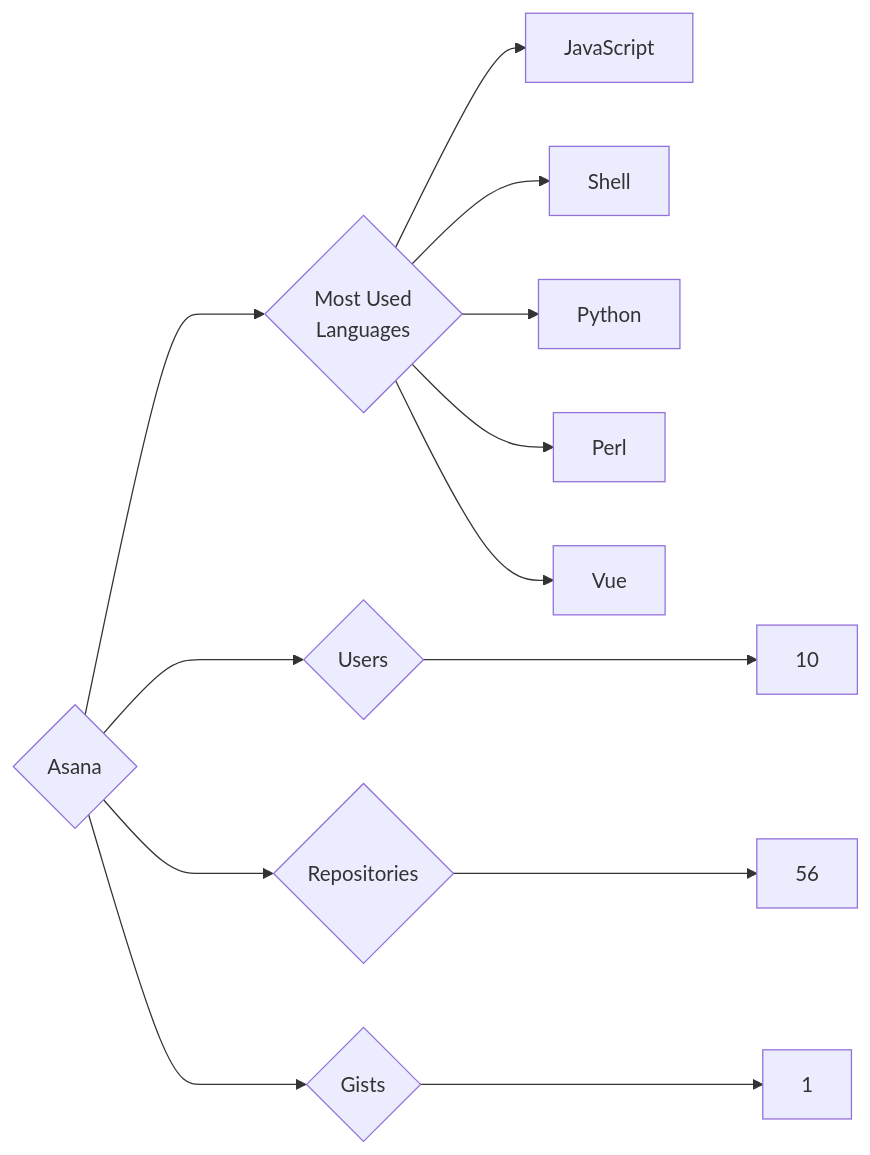
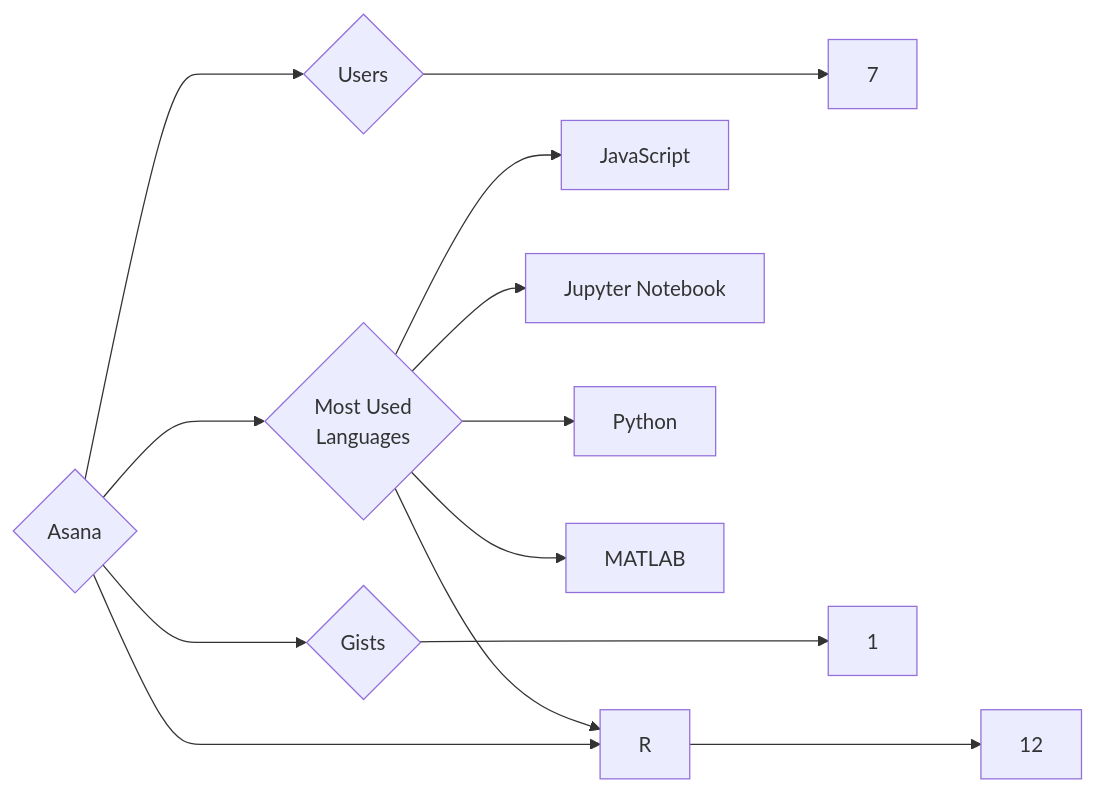
One commit to trickest/insiders changed the diagram in targets/Asana/README.md. Above: the diagram before and after it, drawn with Mermaid. The commit also changed 1055 other files, not shown here.

````diff
--- a/targets/Asana/README.md
+++ b/targets/Asana/README.md
@@ -3,13 +3,13 @@
 ```mermaid
 graph LR
 COMPANY_NAME{Asana}
-COMPANY_NAME ---> U{Users} ---> UN[10]
-COMPANY_NAME ---> R{Repositories} ---> RN[56]
+COMPANY_NAME ---> U{Users} ---> UN[7]
+COMPANY_NAME ---> R{Repositories} ---> RN[12]
 COMPANY_NAME ---> G{Gists} ---> GN[1]
 COMPANY_NAME ---> ML{Most Used<br>Languages}
 ML --> JavaScript[JavaScript]
-ML --> Shell[Shell]
+ML --> Jupyter_Notebook[Jupyter Notebook]
+ML --> R[R]
 ML --> Python[Python]
-ML --> Perl[Perl]
-ML --> Vue[Vue]
+ML --> MATLAB[MATLAB]
 ```
````
